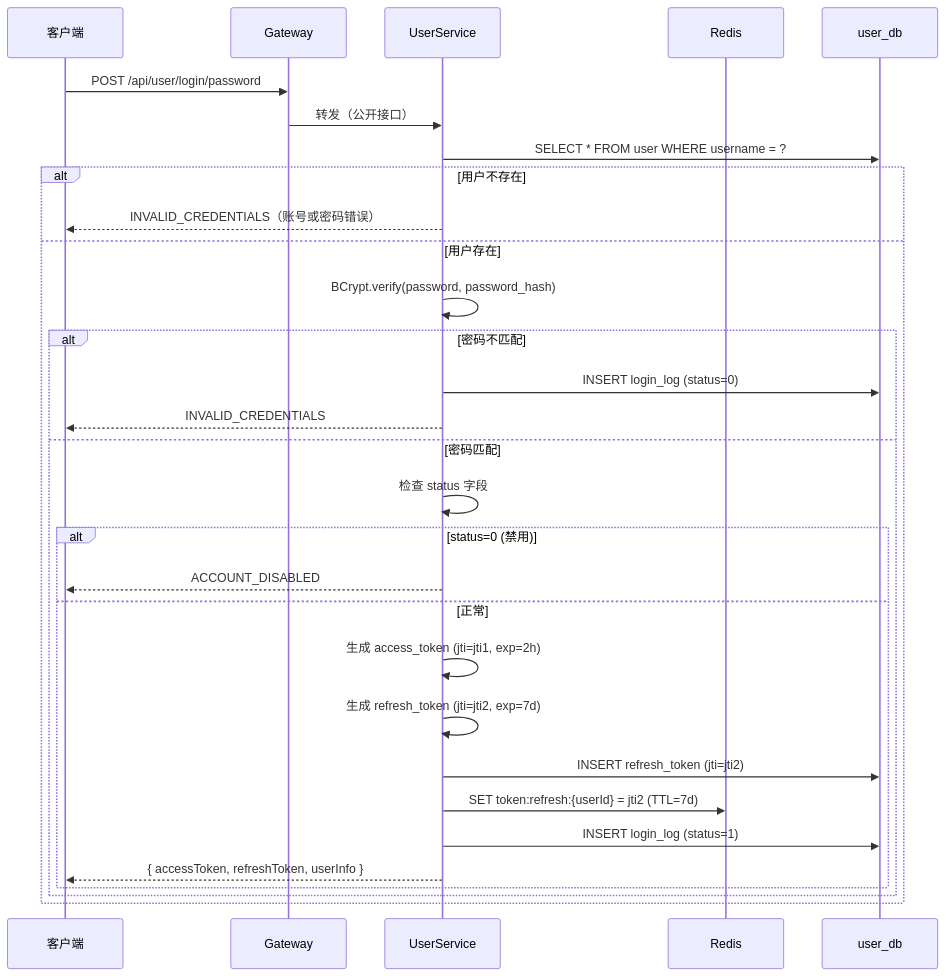
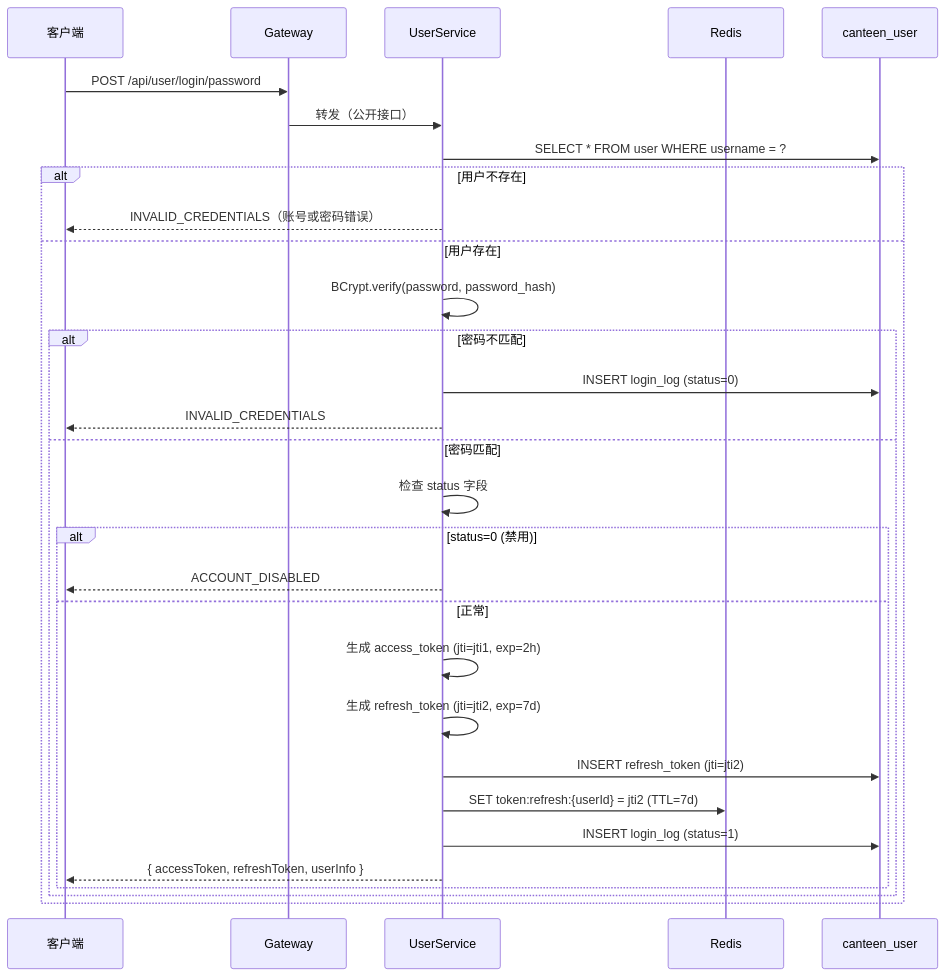
Before and after one commit to ZhongJiating26/smart-canteen: the first of 11 diagrams in docs/A详细设计说明书.md, drawn with Mermaid. The commit also changed other lines of this file and 153 other files, not shown here.

````diff
--- a/docs/A详细设计说明书.md
+++ b/docs/A详细设计说明书.md
@@ -1656,33 +1656,33 @@
 ```mermaid
 sequenceDiagram
     participant C as 客户端
     participant G as Gateway
     participant U as UserService
     participant R as Redis
-    participant DB as user_db
+    participant DB as canteen_user
 
     C->>G: POST /api/user/login/password
     G->>U: 转发（公开接口）
     U->>DB: SELECT * FROM user WHERE username = ?
     alt 用户不存在
         U-->>C: INVALID_CREDENTIALS（账号或密码错误）
     else 用户存在
         U->>U: BCrypt.verify(password, password_hash)
         alt 密码不匹配
             U->>DB: INSERT login_log (status=0)
             U-->>C: INVALID_CREDENTIALS
         else 密码匹配
             U->>U: 检查 status 字段
             alt status=0 (禁用)
                 U-->>C: ACCOUNT_DISABLED
             else 正常
                 U->>U: 生成 access_token (jti=jti1, exp=2h)
                 U->>U: 生成 refresh_token (jti=jti2, exp=7d)
                 U->>DB: INSERT refresh_token (jti=jti2)
                 U->>R: SET token:refresh:{userId} = jti2 (TTL=7d)
                 U->>DB: INSERT login_log (status=1)
                 U-->>C: { accessToken, refreshToken, userInfo }
             end
         end
     end
 ```
````
